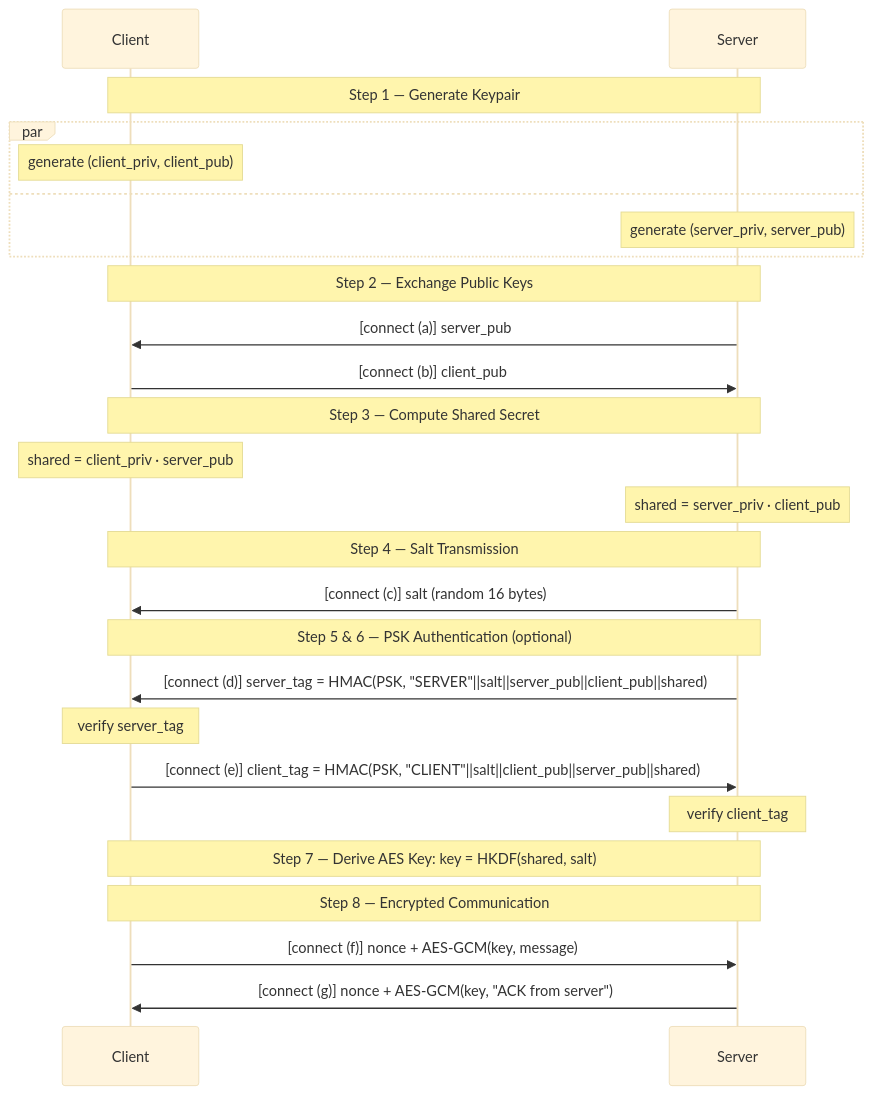
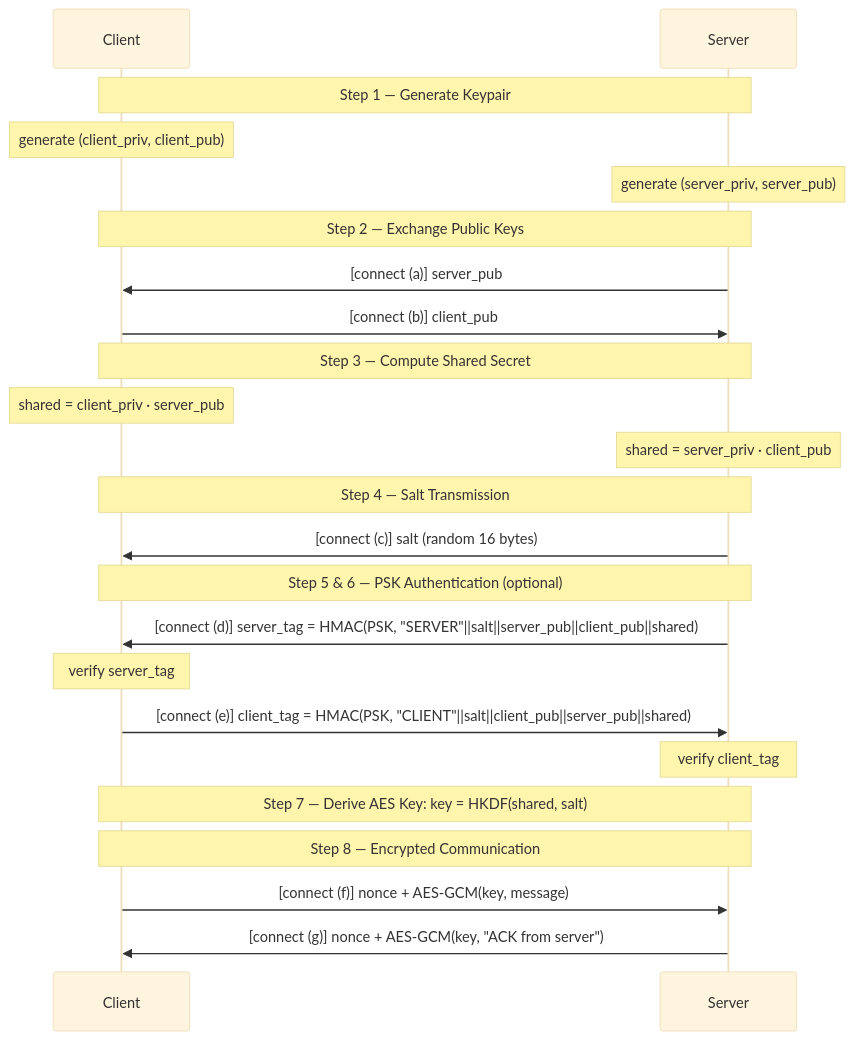
The first of 2 diagrams in README.md (hanbo-fan/diffie-hellman-mitm-attack-demo), drawn with Mermaid (base theme) before and after one commit. The commit also changed other lines of this file, not shown here.

````diff
--- a/README.md
+++ b/README.md
@@ -16,28 +15,25 @@
 ```mermaid
 sequenceDiagram
     participant C as Client
     participant S as Server
     Note over C,S: Step 1 — Generate Keypair
-    par
-        Note over C: generate (client_priv, client_pub)
-    and
-        Note over S: generate (server_priv, server_pub)
-    end
+    Note over C: generate (client_priv, client_pub)
+    Note over S: generate (server_priv, server_pub)
     Note over C,S: Step 2 — Exchange Public Keys
     S->>C: [connect (a)] server_pub
     C->>S: [connect (b)] client_pub
     Note over C,S: Step 3 — Compute Shared Secret
     Note over C: shared = client_priv · server_pub
     Note over S: shared = server_priv · client_pub
     Note over C,S: Step 4 — Salt Transmission
     S->>C: [connect (c)] salt (random 16 bytes)
     Note over C,S: Step 5 & 6 — PSK Authentication (optional)
     S->>C: [connect (d)] server_tag = HMAC(PSK, "SERVER"||salt||server_pub||client_pub||shared)
     Note over C: verify server_tag
     C->>S: [connect (e)] client_tag = HMAC(PSK, "CLIENT"||salt||client_pub||server_pub||shared)
     Note over S: verify client_tag
     Note over C,S: Step 7 — Derive AES Key: key = HKDF(shared, salt)
     Note over C,S: Step 8 — Encrypted Communication
     C->>S: [connect (f)] nonce + AES-GCM(key, message)
     S->>C: [connect (g)] nonce + AES-GCM(key, "ACK from server")
 ```
````
